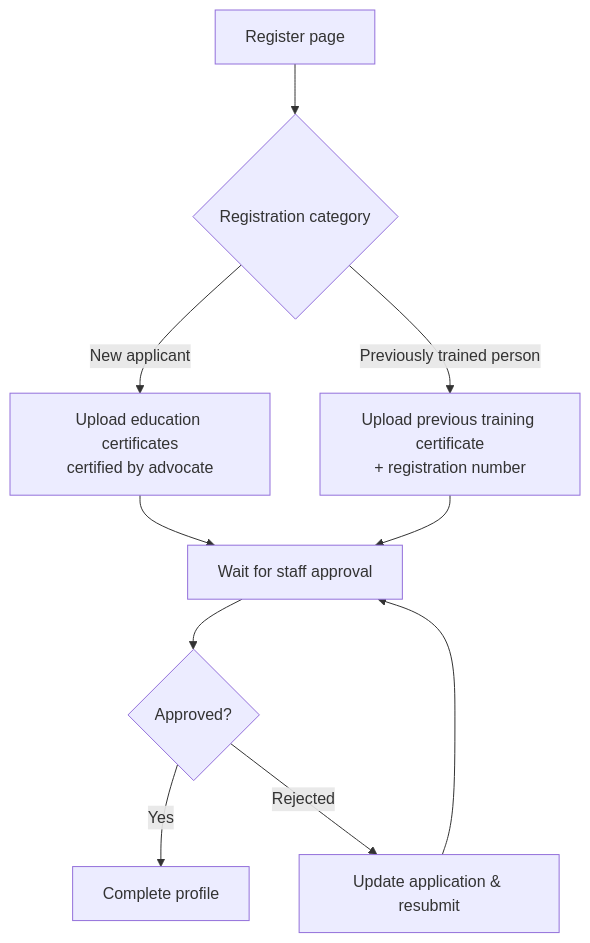
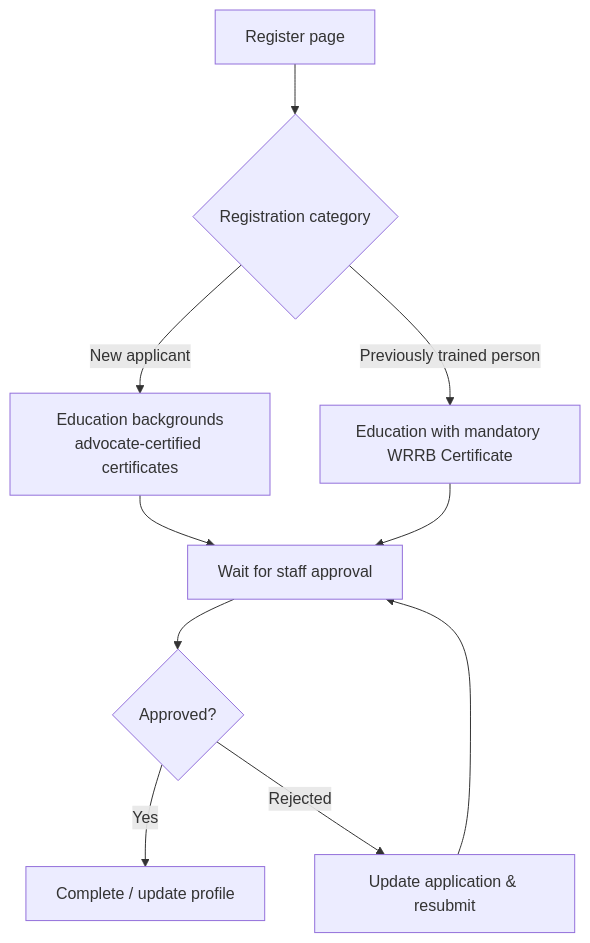
The fourth of 10 diagrams in docs/MAFUNZO_USER_TRAINING.md (engkafuka/mafunzo), drawn with Mermaid before and after one commit. The commit also changed other lines of this file and 49 other files, not shown here.

````diff
--- a/docs/MAFUNZO_USER_TRAINING.md
+++ b/docs/MAFUNZO_USER_TRAINING.md
@@ -116,12 +116,12 @@
 ```mermaid
 flowchart TD
     Reg[Register page] --> Choice{Registration category}
-    Choice -->|New applicant| NA[Upload education certificates<br/>certified by advocate]
-    Choice -->|Previously trained person| TP[Upload previous training certificate<br/>+ registration number]
+    Choice -->|New applicant| NA[Education backgrounds<br/>advocate-certified certificates]
+    Choice -->|Previously trained person| TP[Education with mandatory WRRB Certificate]
     NA --> Wait[Wait for staff approval]
     TP --> Wait
     Wait --> Approved{Approved?}
-    Approved -->|Yes| Profile[Complete profile]
+    Approved -->|Yes| Profile[Complete / update profile]
     Approved -->|Rejected| Resubmit[Update application & resubmit]
     Resubmit --> Wait
 ```
````
